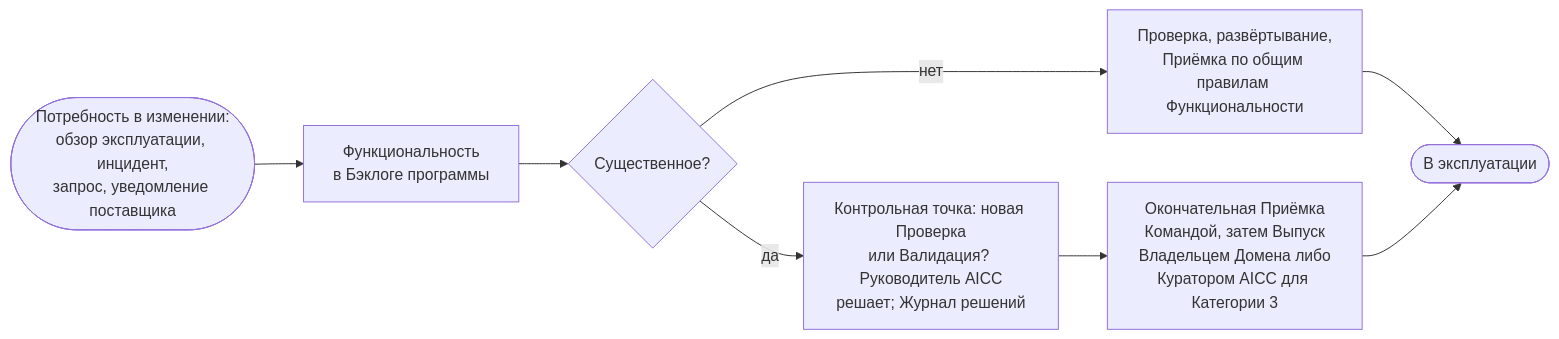
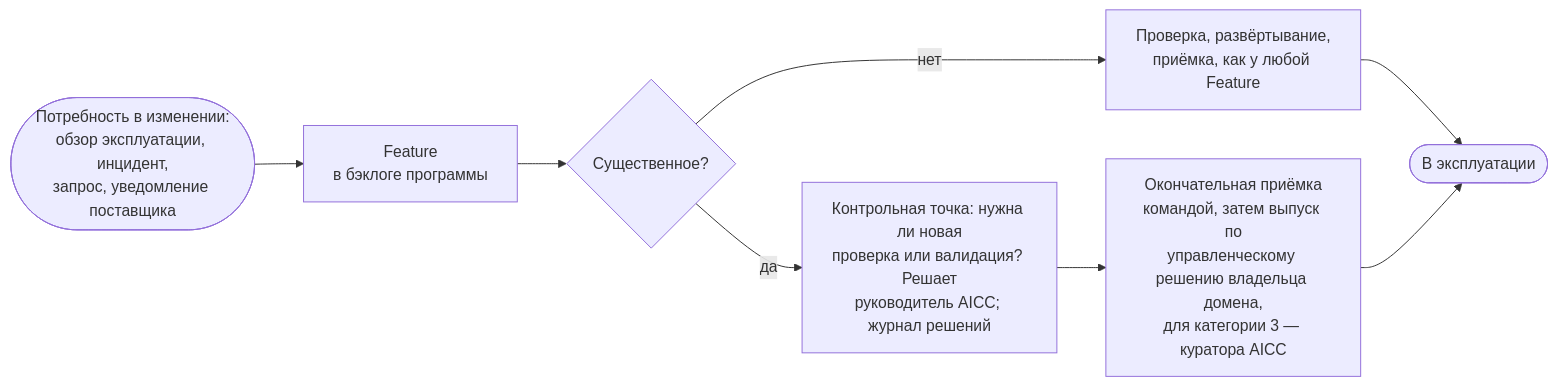
Before and after one commit to devhogu/ob-aicc: the diagram in portal/content/ru/delivery/life-cycle-management.md, drawn with Mermaid. The commit also changed other lines of this file and 21 other files, not shown here.

````diff
--- a/portal/content/ru/delivery/life-cycle-management.md
+++ b/portal/content/ru/delivery/life-cycle-management.md
@@ -25,10 +25,10 @@
 ```mermaid
 flowchart LR
-  R(["Потребность в изменении:<br/>обзор эксплуатации, инцидент,<br/>запрос, уведомление поставщика"]) --> F["Функциональность<br/>в Бэклоге программы"]
+  R(["Потребность в изменении:<br/>обзор эксплуатации, инцидент,<br/>запрос, уведомление поставщика"]) --> F["Feature<br/>в бэклоге программы"]
   F --> S{"Существенное?"}
-  S -->|"нет"| N["Проверка, развёртывание,<br/>Приёмка по общим правилам Функциональности"]
-  S -->|"да"| K["Контрольная точка: новая Проверка<br/>или Валидация? Руководитель AICC<br/>решает; Журнал решений"]
-  K --> T["Окончательная Приёмка<br/>Командой, затем Выпуск<br/>Владельцем Домена либо<br/>Куратором AICC для Категории 3"]
+  S -->|"нет"| N["Проверка, развёртывание,<br/>приёмка, как у любой Feature"]
+  S -->|"да"| K["Контрольная точка: нужна ли новая<br/>проверка или валидация? Решает<br/>руководитель AICC; журнал решений"]
+  K --> T["Окончательная приёмка<br/>командой, затем выпуск по<br/>управленческому решению владельца домена,<br/>для категории 3 — куратора AICC"]
   N --> L(["В эксплуатации"])
   T --> L
 ```
````
